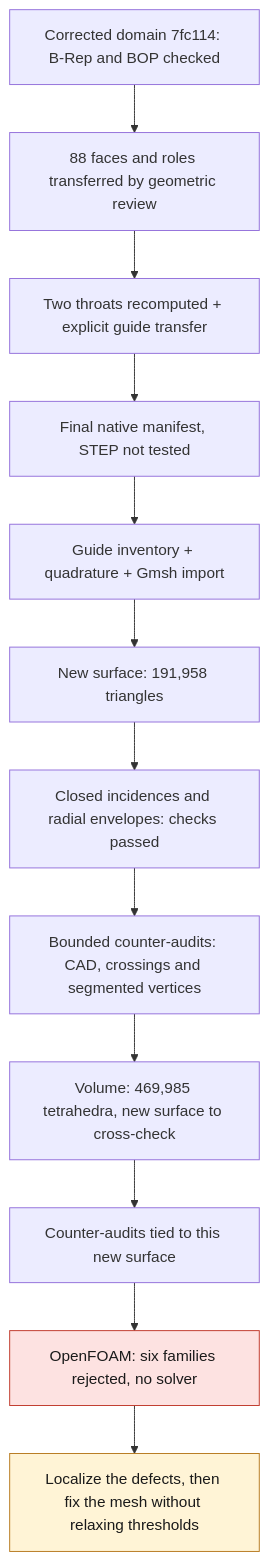
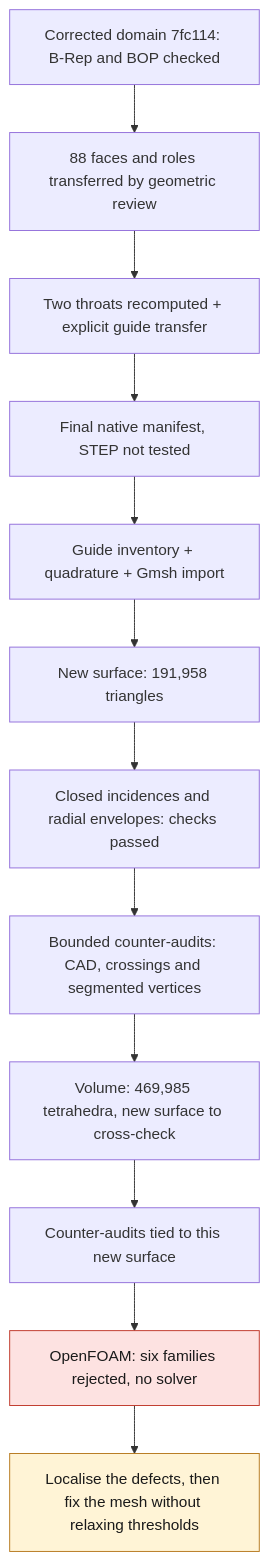
The diagram in docs/reports/M64_REMAILLAGE_NATIF_20260908.md (cluster2600/porscheparts), drawn with Mermaid before and after one commit. The commit also changed other lines of this file and 480 other files, not shown here.

````diff
--- a/docs/reports/M64_REMAILLAGE_NATIF_20260908.md
+++ b/docs/reports/M64_REMAILLAGE_NATIF_20260908.md
@@ -101,18 +101,18 @@
 ```mermaid
 flowchart TD
     A["Corrected domain 7fc114: B-Rep and BOP checked"] --> B["88 faces and roles transferred by geometric review"]
     B --> C["Two throats recomputed + explicit guide transfer"]
     C --> D["Final native manifest, STEP not tested"]
     D --> E["Guide inventory + quadrature + Gmsh import"]
     E --> F["New surface: 191,958 triangles"]
     F --> G["Closed incidences and radial envelopes: checks passed"]
     G --> H["Bounded counter-audits: CAD, crossings and segmented vertices"]
     H --> I["Volume: 469,985 tetrahedra, new surface to cross-check"]
     I --> J["Counter-audits tied to this new surface"]
     J --> K["OpenFOAM: six families rejected, no solver"]
-    K --> L["Localize the defects, then fix the mesh without relaxing thresholds"]
+    K --> L["Localise the defects, then fix the mesh without relaxing thresholds"]
     classDef stop fill:#fde2e1,stroke:#c0392b,color:#1a1a1a;
     classDef open fill:#fff4d6,stroke:#b7791f,color:#1a1a1a;
     class K stop;
     class L open;
 ```
````
